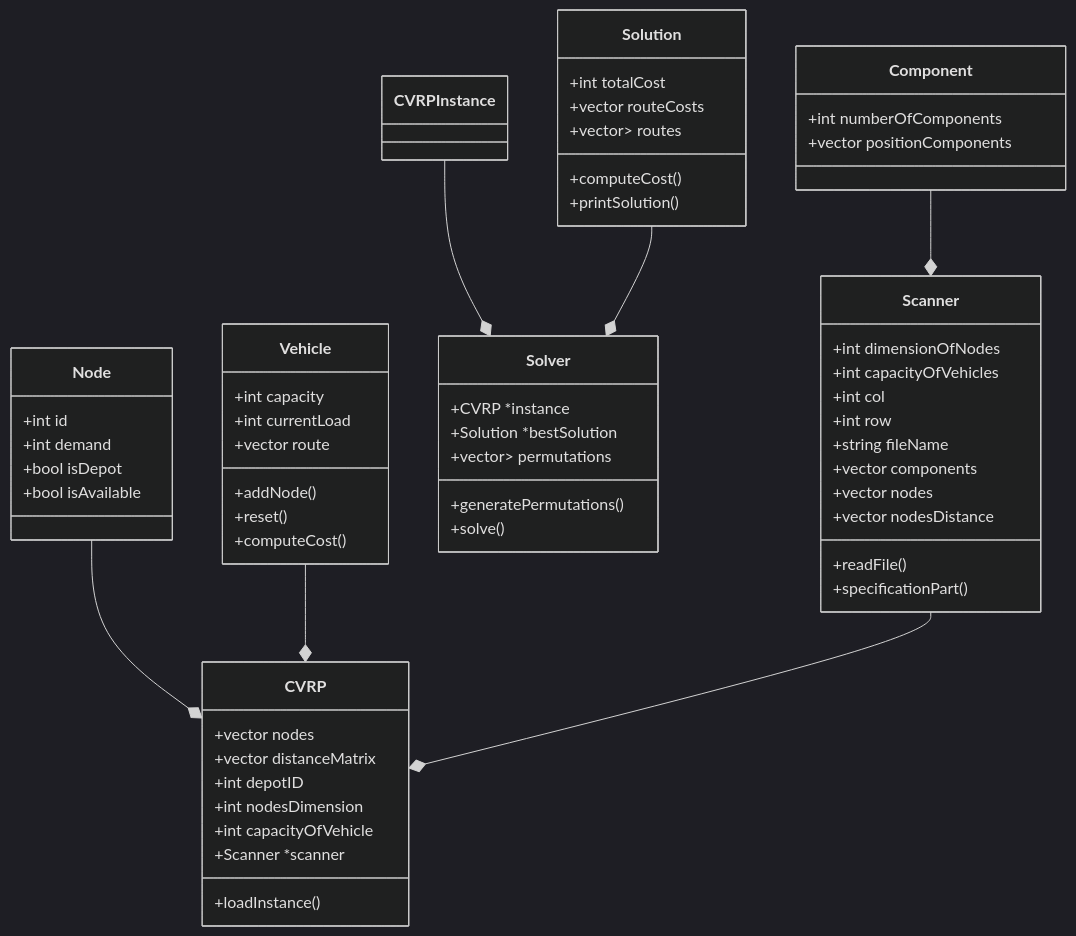
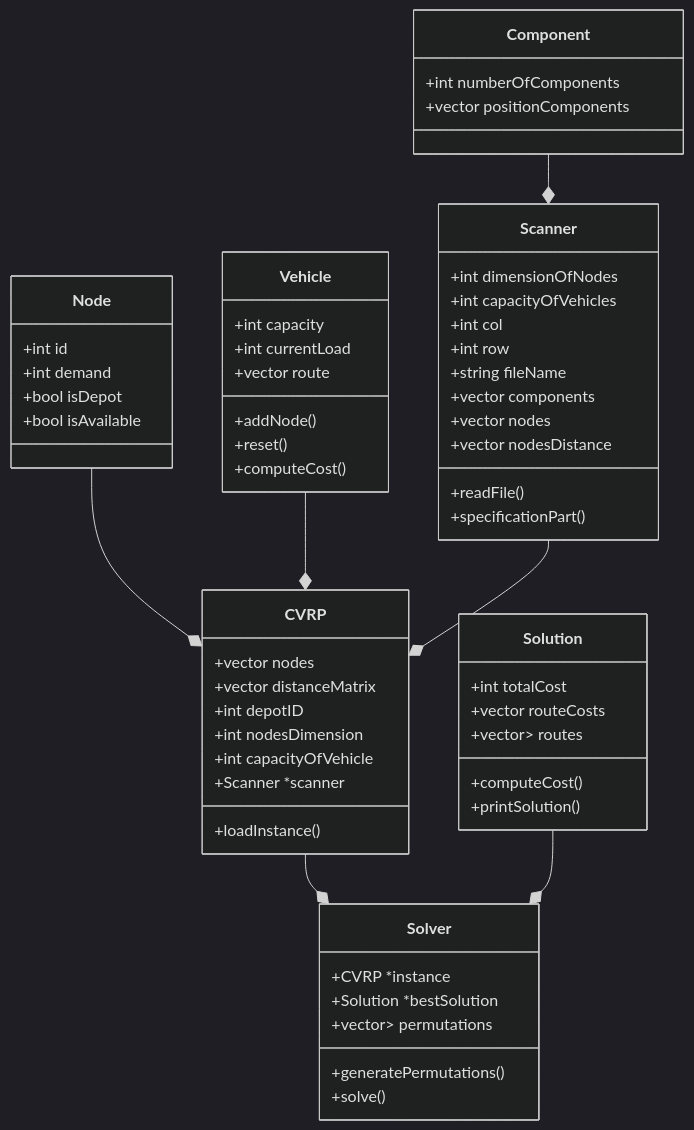
One commit to IsaacKosloski/CapacitatedVehicleRoutingProblem-BruteForce changed the first of 4 diagrams in README.md. Above: the diagram before and after it, drawn with Mermaid (dark theme).

````diff
--- a/README.md
+++ b/README.md
@@ -64,70 +64,70 @@
 ```mermaid
 classDiagram
     class Node {
         +int id
         +int demand
         +bool isDepot
         +bool isAvailable
     }
     
     class Component{
         +int numberOfComponents
         +vector<double> positionComponents
     }
 
     class Vehicle {
         +int capacity
         +int currentLoad
         +vector<int> route
         +addNode()
         +reset()
         +computeCost()
     }
 
     class CVRP {
         +vector<Node> nodes 
         +vector<double> distanceMatrix 
         +int depotID
         +int nodesDimension 
         +int capacityOfVehicle 
         +Scanner *scanner 
         +loadInstance()
         
     }
 
     class Solution {
         +int totalCost
         +vector<double> routeCosts
         +vector<vector<int>> routes
         +computeCost()
         +printSolution()
     }
 
     class Solver {
         +CVRP *instance
         +Solution *bestSolution
         +vector<vector<Node>> permutations
         +generatePermutations()
         +solve()        
     }
 
     class Scanner {
         +int dimensionOfNodes
         +int capacityOfVehicles
         +int col
         +int row
         +string fileName
         +vector<Component> components
         +vector<Node> nodes
         +vector<double> nodesDistance
         +readFile()
         +specificationPart()
     }
     
     Component --* Scanner
     Node --* CVRP
     Vehicle --* CVRP
-    CVRPInstance --* Solver
+    CVRP --* Solver
     Solution --* Solver
     Scanner --* CVRP
 ```
````
